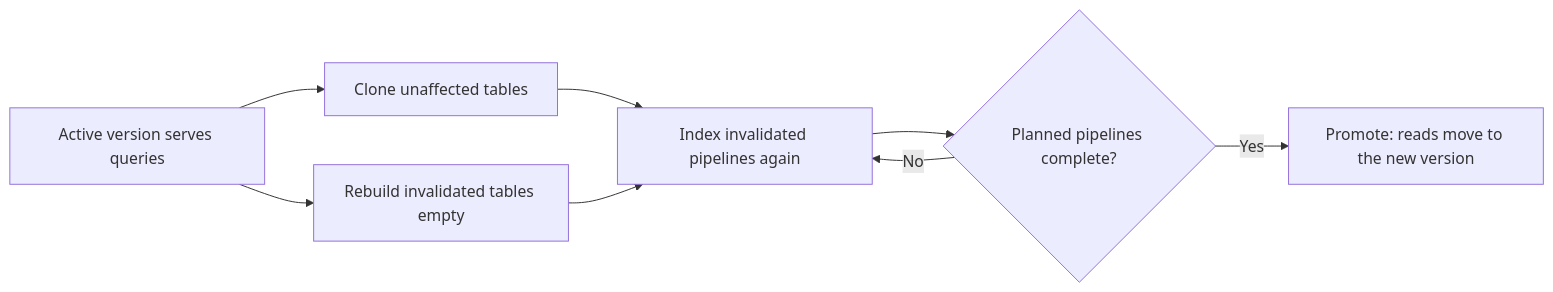
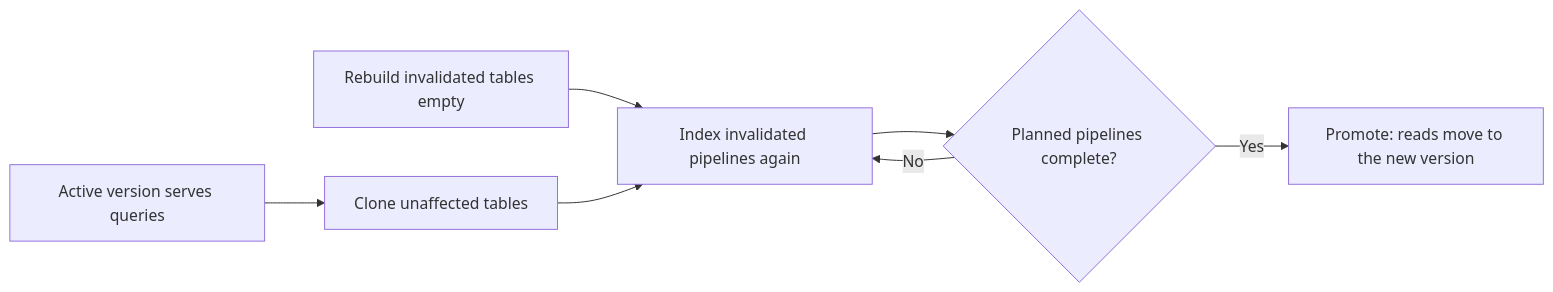
Before and after one commit to gitlabhq/orbit-knowledge-graph: the diagram in docs/pages/engineering/adr/017_clone_based_non_blocking_migrations.md, drawn with Mermaid. The commit also changed other lines of this file and 19 other files, not shown here.

````diff
--- a/docs/pages/engineering/adr/017_clone_based_non_blocking_migrations.md
+++ b/docs/pages/engineering/adr/017_clone_based_non_blocking_migrations.md
@@ -118,12 +118,11 @@
 ```mermaid
 flowchart LR
     accTitle: Clone-based migration
     accDescr: The active version keeps serving queries. The migrating version clones the tables that the scope does not invalidate, rebuilds the rest, and indexes again only the invalidated pipelines. Promotion moves reads to the migrating version when the planned pipelines finish.
     A[Active version serves queries] --> C[Clone unaffected tables]
-    A --> R[Rebuild invalidated tables empty]
-    C --> I[Index invalidated pipelines again]
-    R --> I
+    R[Rebuild invalidated tables empty] --> I[Index invalidated pipelines again]
+    C --> I
     I --> P{Planned pipelines complete?}
     P -->|Yes| S[Promote: reads move to the new version]
     P -->|No| I
 ```
````
